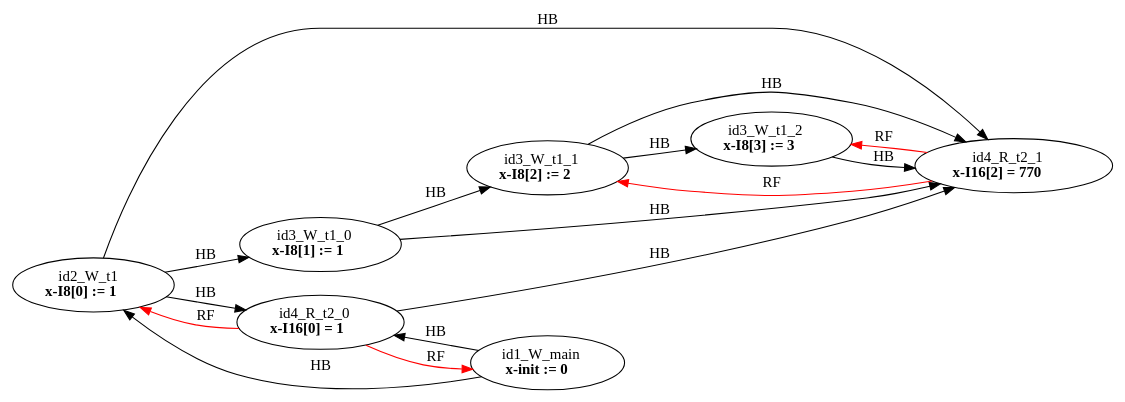
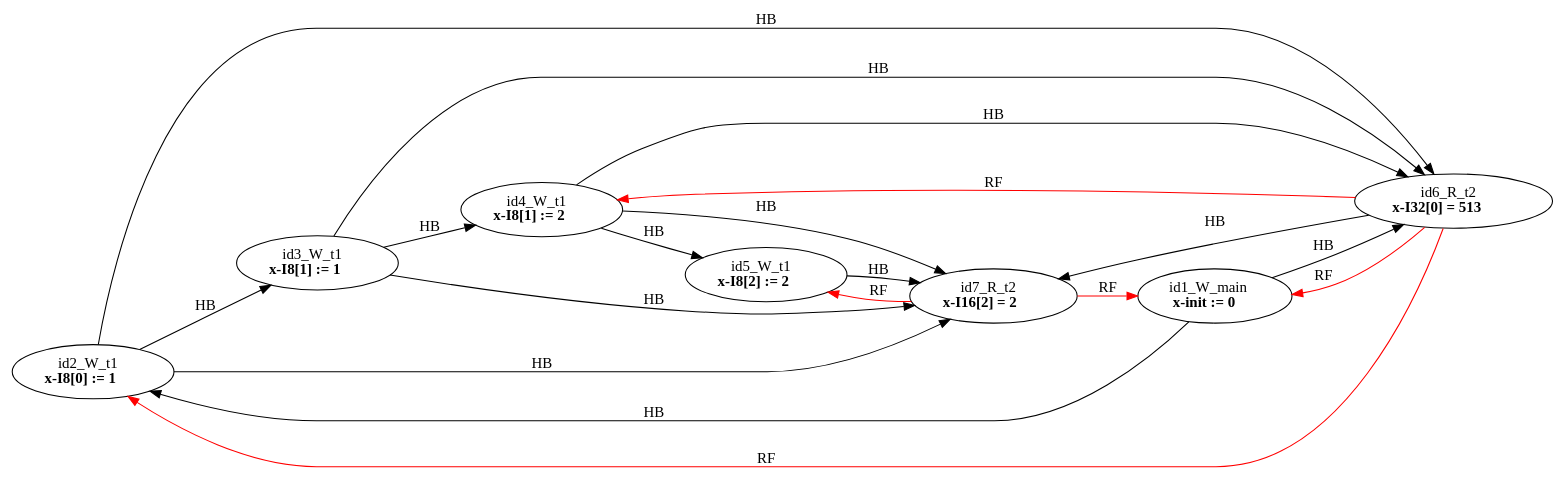
Before and after one commit to FMJS/EMME: the diagram in examples/single_var/sv_simple16/mm8.dot, drawn with Graphviz. The commit also changed 115 other files, not shown here.

```diff
--- a/examples/single_var/sv_simple16/mm8.dot
+++ b/examples/single_var/sv_simple16/mm8.dot
@@ -1,26 +1,29 @@
 digraph memory_model {
 rankdir=LR;
 splines=true; esep=0.5;
-id2_W_t1 -> id3_W_t1_0 [label = "HB", color="black"];
-id3_W_t1_0 -> id3_W_t1_1 [label = "HB", color="black"];
-id3_W_t1_1 -> id3_W_t1_2 [label = "HB", color="black"];
-id4_R_t2_0 -> id4_R_t2_1 [label = "HB", color="black"];
+id2_W_t1 -> id3_W_t1 [label = "HB", color="black"];
+id3_W_t1 -> id4_W_t1 [label = "HB", color="black"];
+id4_W_t1 -> id5_W_t1 [label = "HB", color="black"];
+id6_R_t2 -> id7_R_t2 [label = "HB", color="black"];
 id1_W_main -> id2_W_t1 [label = "HB", color="black"];
-id1_W_main -> id4_R_t2_0 [label = "HB", color="black"];
-id2_W_t1 -> id4_R_t2_0 [label = "HB", color="black"];
-id2_W_t1 -> id4_R_t2_1 [label = "HB", color="black"];
-id3_W_t1_0 -> id4_R_t2_1 [label = "HB", color="black"];
-id3_W_t1_1 -> id4_R_t2_1 [label = "HB", color="black"];
-id3_W_t1_2 -> id4_R_t2_1 [label = "HB", color="black"];
-id4_R_t2_0 -> id1_W_main [label = "RF", color="red"];
-id4_R_t2_0 -> id2_W_t1 [label = "RF", color="red"];
-id4_R_t2_1 -> id3_W_t1_1 [label = "RF", color="red"];
-id4_R_t2_1 -> id3_W_t1_2 [label = "RF", color="red"];
+id1_W_main -> id6_R_t2 [label = "HB", color="black"];
+id2_W_t1 -> id6_R_t2 [label = "HB", color="black"];
+id2_W_t1 -> id7_R_t2 [label = "HB", color="black"];
+id3_W_t1 -> id6_R_t2 [label = "HB", color="black"];
+id3_W_t1 -> id7_R_t2 [label = "HB", color="black"];
+id4_W_t1 -> id6_R_t2 [label = "HB", color="black"];
+id4_W_t1 -> id7_R_t2 [label = "HB", color="black"];
+id5_W_t1 -> id7_R_t2 [label = "HB", color="black"];
+id6_R_t2 -> id1_W_main [label = "RF", color="red"];
+id6_R_t2 -> id2_W_t1 [label = "RF", color="red"];
+id6_R_t2 -> id4_W_t1 [label = "RF", color="red"];
+id7_R_t2 -> id1_W_main [label = "RF", color="red"];
+id7_R_t2 -> id5_W_t1 [label = "RF", color="red"];
 id1_W_main [label=<id1_W_main<br/><B>x-init := 0</B>>, pos="2.5,8!"]
 id2_W_t1 [label=<id2_W_t1<br/><B>x-I8[0] := 1</B>>, pos="0,6!"]
-id3_W_t1_0 [label=<id3_W_t1_0<br/><B>x-I8[1] := 1</B>>, pos="0,4!"]
-id3_W_t1_1 [label=<id3_W_t1_1<br/><B>x-I8[2] := 2</B>>, pos="0,2!"]
-id3_W_t1_2 [label=<id3_W_t1_2<br/><B>x-I8[3] := 3</B>>, pos="0,0!"]
-id4_R_t2_0 [label=<id4_R_t2_0<br/><B>x-I16[0] = 1</B>>, pos="5,6!"]
-id4_R_t2_1 [label=<id4_R_t2_1<br/><B>x-I16[2] = 770</B>>, pos="5,4!"]
+id3_W_t1 [label=<id3_W_t1<br/><B>x-I8[1] := 1</B>>, pos="0,4!"]
+id4_W_t1 [label=<id4_W_t1<br/><B>x-I8[1] := 2</B>>, pos="0,2!"]
+id5_W_t1 [label=<id5_W_t1<br/><B>x-I8[2] := 2</B>>, pos="0,0!"]
+id6_R_t2 [label=<id6_R_t2<br/><B>x-I32[0] = 513</B>>, pos="5,6!"]
+id7_R_t2 [label=<id7_R_t2<br/><B>x-I16[2] = 2</B>>, pos="5,4!"]
 }
```
